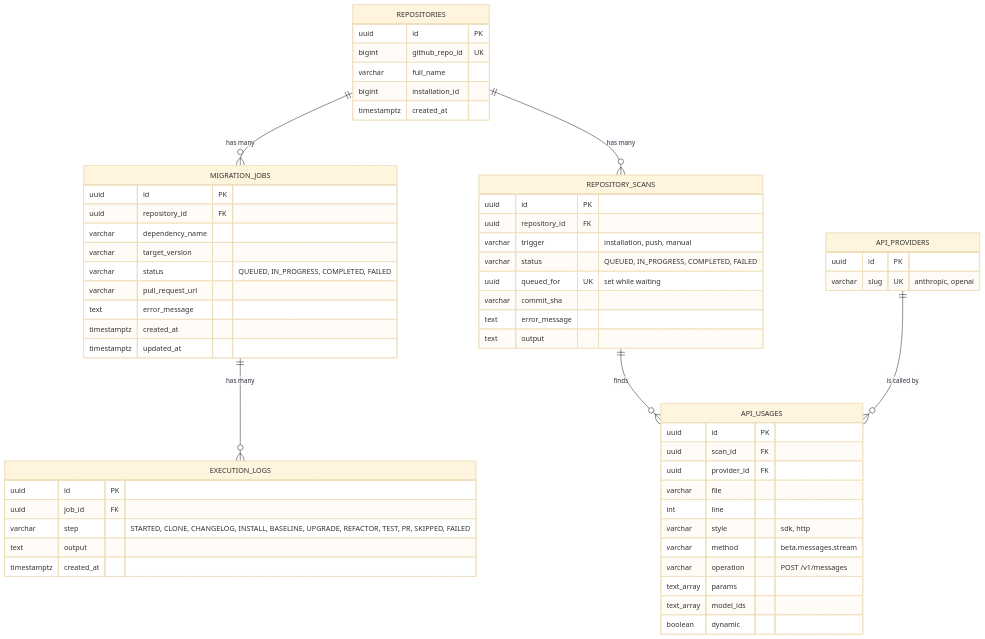
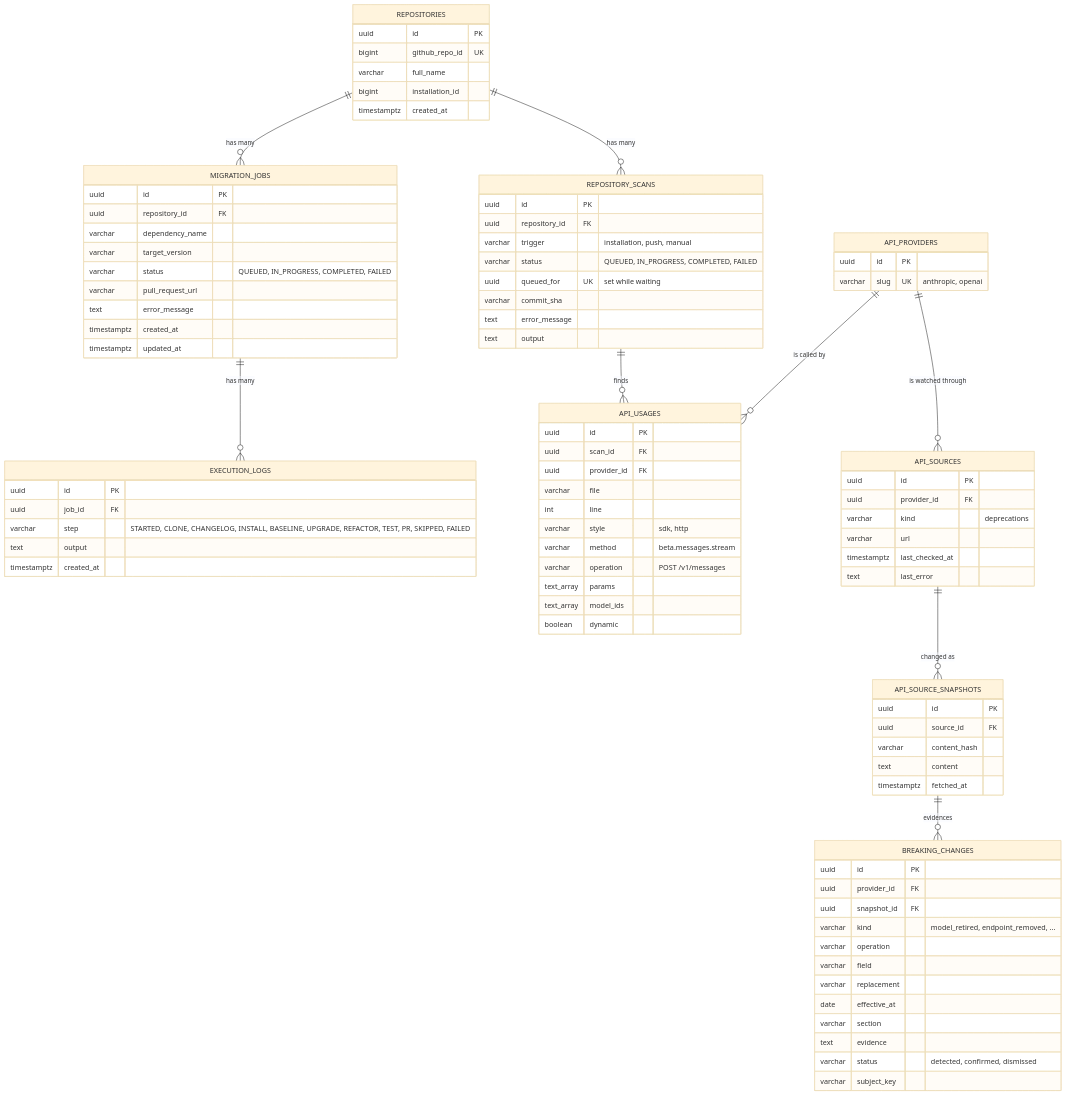
The sixth of 6 diagrams in README.md (kiet08hogit/SyncLab), drawn with Mermaid (base theme) before and after one commit. The commit also changed other lines of this file and 24 other files, not shown here.

First line of the commit message:
watch the providers' model deprecation pages and record breaking changes (Phase 6a)

````diff
--- a/README.md
+++ b/README.md
@@ -342,6 +342,9 @@
     REPOSITORIES ||--o{ REPOSITORY_SCANS : "has many"
     REPOSITORY_SCANS ||--o{ API_USAGES : "finds"
     API_PROVIDERS ||--o{ API_USAGES : "is called by"
+    API_PROVIDERS ||--o{ API_SOURCES : "is watched through"
+    API_SOURCES ||--o{ API_SOURCE_SNAPSHOTS : "changed as"
+    API_SOURCE_SNAPSHOTS ||--o{ BREAKING_CHANGES : "evidences"
 
     REPOSITORIES {
         uuid id PK
@@ -400,4 +403,36 @@
         text_array model_ids
         boolean dynamic
     }
+
+    API_SOURCES {
+        uuid id PK
+        uuid provider_id FK
+        varchar kind "deprecations"
+        varchar url
+        timestamptz last_checked_at
+        text last_error
+    }
+
+    API_SOURCE_SNAPSHOTS {
+        uuid id PK
+        uuid source_id FK
+        varchar content_hash
+        text content
+        timestamptz fetched_at
+    }
+
+    BREAKING_CHANGES {
+        uuid id PK
+        uuid provider_id FK
+        uuid snapshot_id FK
+        varchar kind "model_retired, endpoint_removed, ..."
+        varchar operation
+        varchar field
+        varchar replacement
+        date effective_at
+        varchar section
+        text evidence
+        varchar status "detected, confirmed, dismissed"
+        varchar subject_key
+    }
 ```
````
